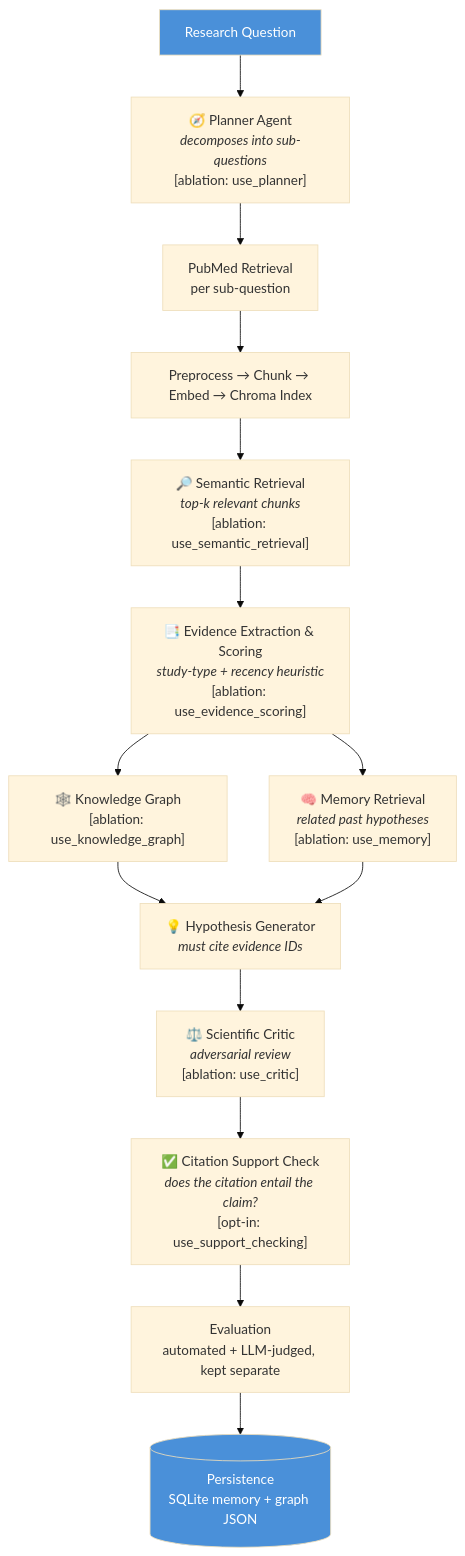
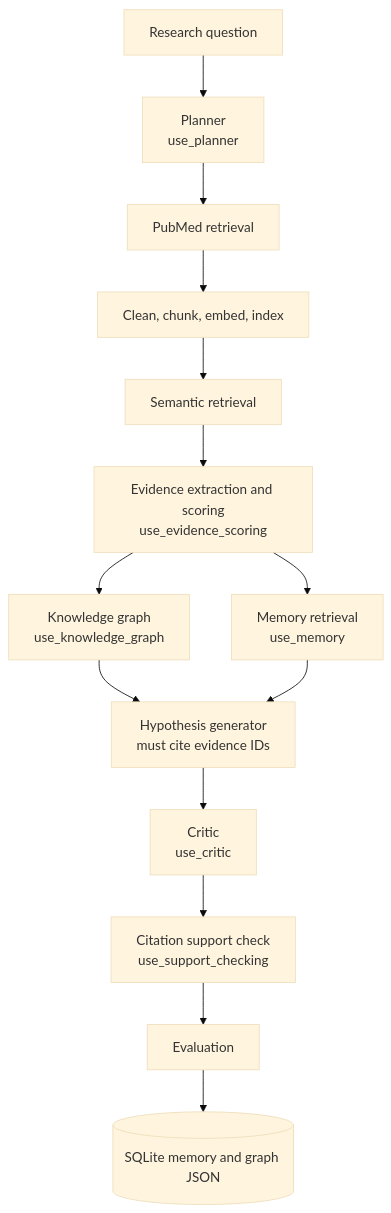
Before and after one commit to Ayesha037/biogenesis: the diagram in README.md, drawn with Mermaid (base theme). The commit also changed other lines of this file, not shown here.

````diff
--- a/README.md
+++ b/README.md
@@ -45,19 +38,16 @@
 ```mermaid
 flowchart TD
-    Q[Research Question] --> P["🧭 Planner Agent<br/><i>decomposes into sub-questions</i><br/>[ablation: use_planner]"]
-    P --> R[PubMed Retrieval<br/>per sub-question]
-    R --> E[Preprocess → Chunk → Embed → Chroma Index]
-    E --> S["🔎 Semantic Retrieval<br/><i>top-k relevant chunks</i><br/>[ablation: use_semantic_retrieval]"]
-    S --> EX["📑 Evidence Extraction & Scoring<br/><i>study-type + recency heuristic</i><br/>[ablation: use_evidence_scoring]"]
-    EX --> KG["🕸️ Knowledge Graph<br/>[ablation: use_knowledge_graph]"]
-    EX --> MEM["🧠 Memory Retrieval<br/><i>related past hypotheses</i><br/>[ablation: use_memory]"]
-    KG --> HG["💡 Hypothesis Generator<br/><i>must cite evidence IDs</i>"]
+    Q[Research question] --> P[Planner<br/>use_planner]
+    P --> R[PubMed retrieval]
+    R --> E[Clean, chunk, embed, index]
+    E --> S[Semantic retrieval]
+    S --> EX[Evidence extraction and scoring<br/>use_evidence_scoring]
+    EX --> KG[Knowledge graph<br/>use_knowledge_graph]
+    EX --> MEM[Memory retrieval<br/>use_memory]
+    KG --> HG[Hypothesis generator<br/>must cite evidence IDs]
     MEM --> HG
-    HG --> C["⚖️ Scientific Critic<br/><i>adversarial review</i><br/>[ablation: use_critic]"]
-    C --> SC["✅ Citation Support Check<br/><i>does the citation entail the claim?</i><br/>[opt-in: use_support_checking]"]
-    SC --> EV[Evaluation<br/>automated + LLM-judged, kept separate]
-    EV --> PER[(Persistence<br/>SQLite memory + graph JSON)]
-
-    style Q fill:#4A90D9,color:#fff
-    style PER fill:#4A90D9,color:#fff
+    HG --> C[Critic<br/>use_critic]
+    C --> SC[Citation support check<br/>use_support_checking]
+    SC --> EV[Evaluation]
+    EV --> DB[(SQLite memory and graph JSON)]
 ```
````
